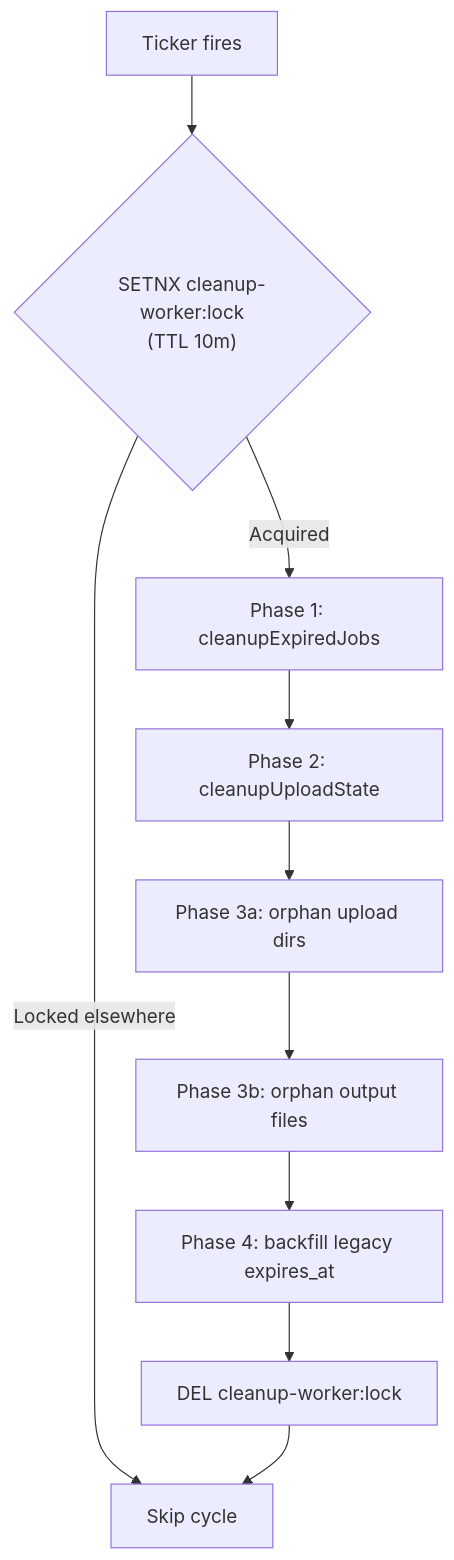
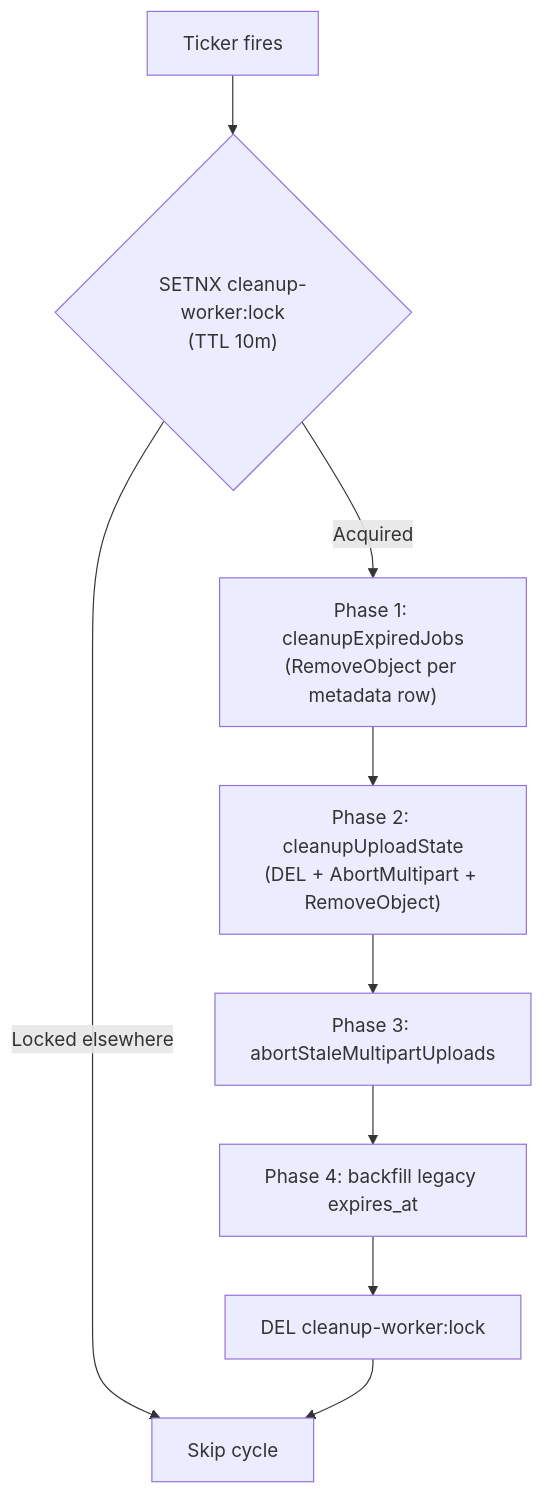
One commit to Prachidubey2003/fyredocs_backend changed the sixth of 7 diagrams in docs/developer/mermaid/service-cleanup-worker-sequence.md. Above: the diagram before and after it, drawn with Mermaid. The commit also changed other lines of this file and 84 other files, not shown here.

````diff
--- a/docs/developer/mermaid/service-cleanup-worker-sequence.md
+++ b/docs/developer/mermaid/service-cleanup-worker-sequence.md
@@ -158,12 +153,11 @@
 ```mermaid
 flowchart TD
     A["Ticker fires"] --> B{"SETNX cleanup-worker:lock<br/>(TTL 10m)"}
     B -->|Locked elsewhere| Z["Skip cycle"]
-    B -->|Acquired| C["Phase 1: cleanupExpiredJobs"]
-    C --> D["Phase 2: cleanupUploadState"]
-    D --> E["Phase 3a: orphan upload dirs"]
-    E --> F["Phase 3b: orphan output files"]
-    F --> G["Phase 4: backfill legacy expires_at"]
-    G --> H["DEL cleanup-worker:lock"]
-    H --> Z
+    B -->|Acquired| C["Phase 1: cleanupExpiredJobs<br/>(RemoveObject per metadata row)"]
+    C --> D["Phase 2: cleanupUploadState<br/>(DEL + AbortMultipart + RemoveObject)"]
+    D --> E["Phase 3: abortStaleMultipartUploads"]
+    E --> F["Phase 4: backfill legacy expires_at"]
+    F --> G["DEL cleanup-worker:lock"]
+    G --> Z
 ```
````
